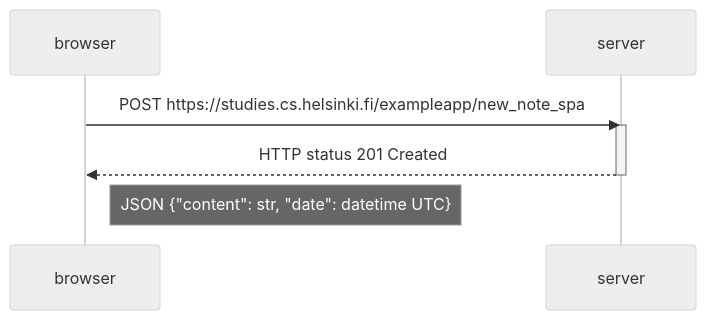
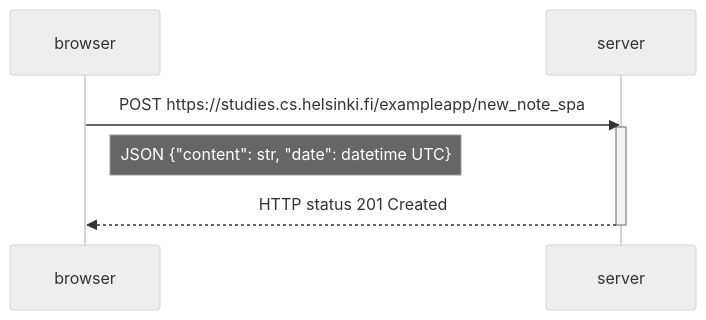
The diagram in Part 0/0.6: New note in Single page app diagram.md (danielcieslak/Full-Stack-Open-Course), drawn with Mermaid (neutral theme) before and after one commit. The commit also changed other lines of this file, not shown here.

First line of the commit message:
Add note about JSON structure in SPA diagram

````diff
--- a/Part 0/0.6: New note in Single page app diagram.md
+++ b/Part 0/0.6: New note in Single page app diagram.md
@@ -1,13 +1,13 @@
 ```mermaid
 sequenceDiagram
     participant browser
     participant server
 
     browser->>server: POST https://studies.cs.helsinki.fi/exampleapp/new_note_spa
     activate server
+    Note right of browser: JSON {"content": str, "date": datetime UTC} 
     server-->>browser: HTTP status 201 Created
     deactivate server
 
-    Note right of browser: JSON {"content": str, "date": datetime UTC} 
 
 ```
````
